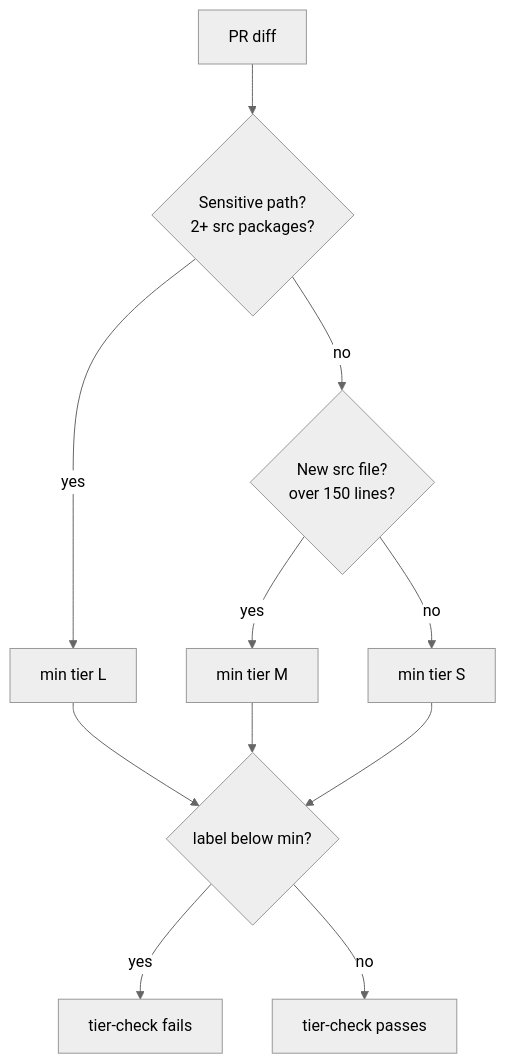
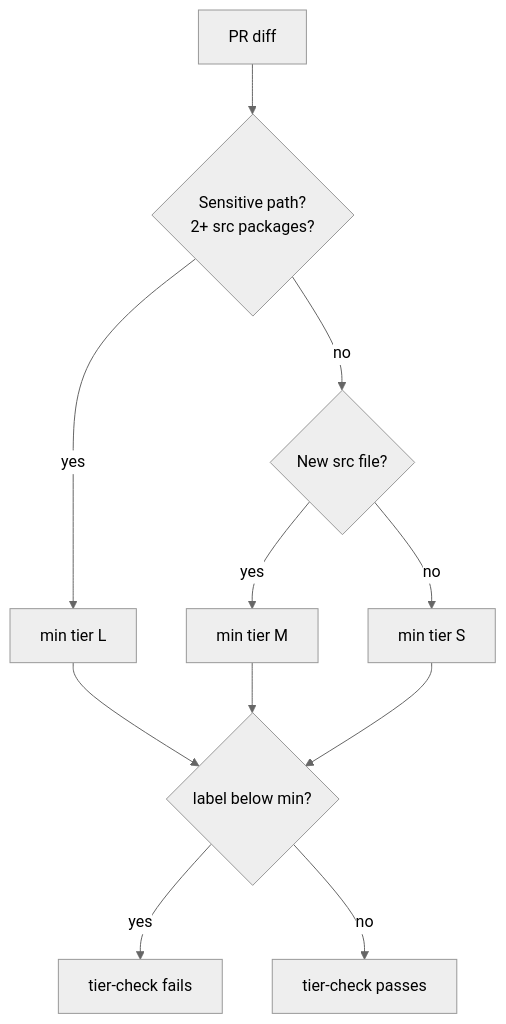
The second of 2 diagrams in docs/SDLC.md (abhijeetgupta23/ai-agent-to-learn-faster-and-better), drawn with Mermaid (neutral theme) before and after one commit. The commit also changed other lines of this file and 12 other files, not shown here.

````diff
--- a/docs/SDLC.md
+++ b/docs/SDLC.md
@@ -30,11 +32,11 @@
 ```mermaid
 flowchart TD
   D[PR diff] --> Q1{Sensitive path?<br/>2+ src packages?}
   Q1 -- yes --> L[min tier L]
-  Q1 -- no --> Q2{New src file?<br/>over 150 lines?}
+  Q1 -- no --> Q2{New src file?}
   Q2 -- yes --> M[min tier M]
   Q2 -- no --> S[min tier S]
   L & M & S --> C{label below min?}
   C -- yes --> F[tier-check fails]
   C -- no --> P[tier-check passes]
 ```
````
